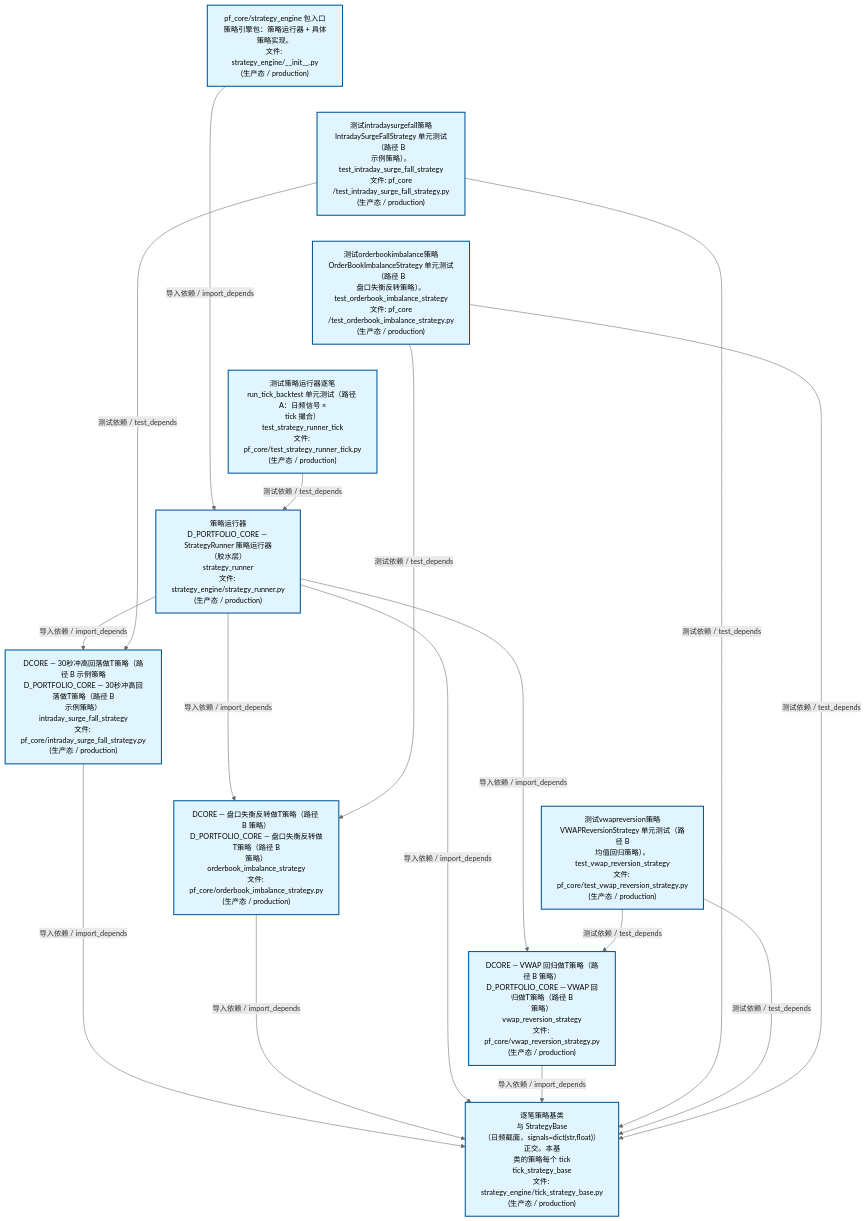
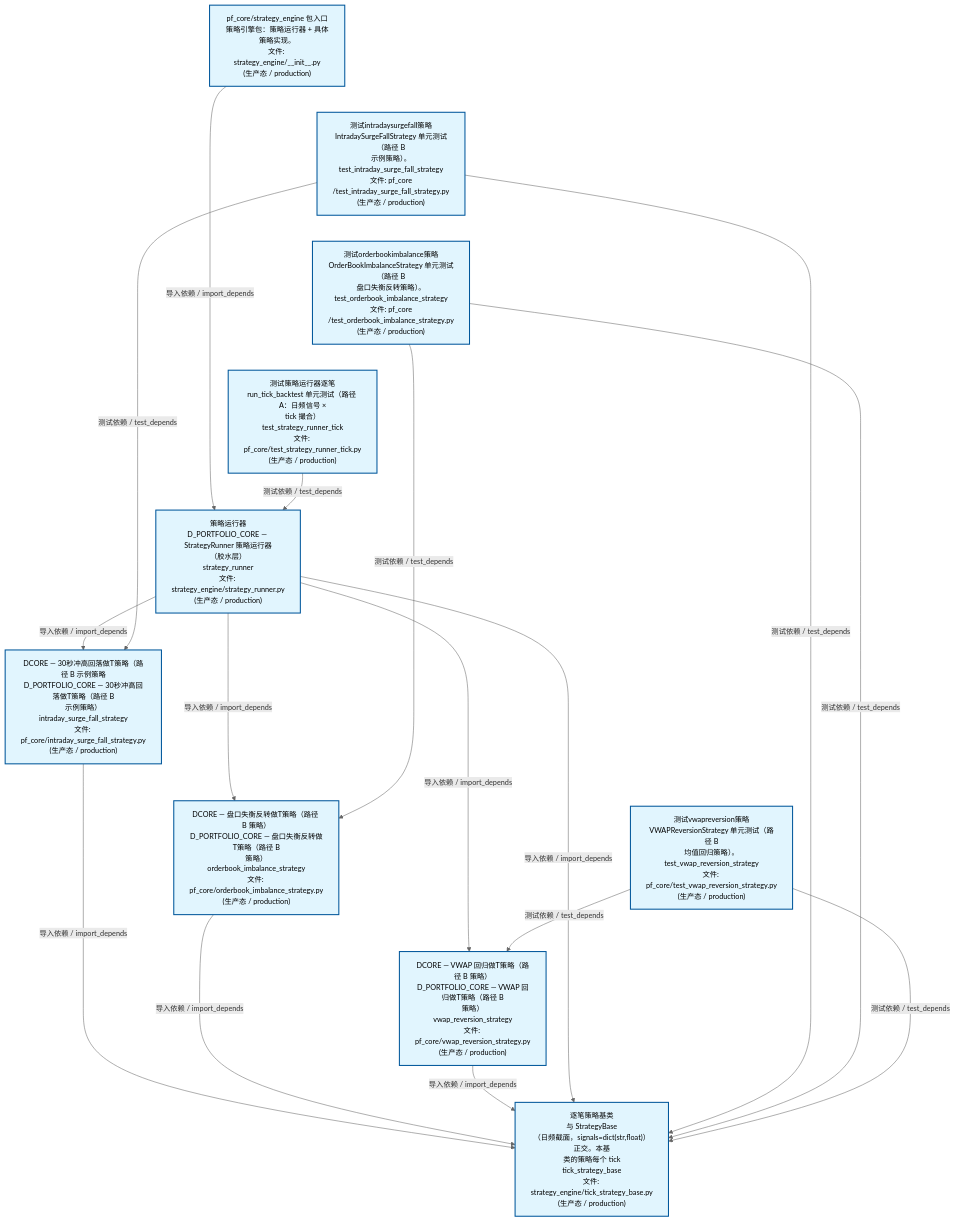
The second of 4 diagrams in docs/02_enterprise_architecture/02_domain_architecture_docs/63_d_pf_core.md (xuanFelixVan/ZephyrAlpha), drawn with Mermaid before and after one commit. The commit also changed other lines of this file and 43 other files, not shown here.

````diff
--- a/docs/02_enterprise_architecture/02_domain_architecture_docs/63_d_pf_core.md
+++ b/docs/02_enterprise_architecture/02_domain_architecture_docs/63_d_pf_core.md
@@ -134,40 +134,40 @@
 ```mermaid
 %%{init: {'theme': 'base', 'themeVariables': {'primaryColor': '#eaeaea', 'primaryTextColor': '#333333', 'primaryBorderColor': '#666666', 'lineColor': '#666666', 'secondaryColor': '#eaeaea', 'tertiaryColor': '#eaeaea', 'fontSize': '14px'}}}%%
 flowchart TD
     src_zephyr_pf_core_strategy_engine_init_py["pf_core/strategy_engine 包入口<br/>策略引擎包：策略运行器 + 具体策略实现。<br/>文件: strategy_engine/__init__.py<br/>(生产态 / production)"]
     tests_pf_core_test_intraday_surge_fall_strategy_py["测试intradaysurgefall策略<br/>IntradaySurgeFallStrategy 单元测试（路径 B<br/>示例策略）。<br/>test_intraday_surge_fall_strategy<br/>文件: pf_core<br/>/test_intraday_surge_fall_strategy.py<br/>(生产态 / production)"]
     tests_pf_core_test_orderbook_imbalance_strategy_py["测试orderbookimbalance策略<br/>OrderBookImbalanceStrategy 单元测试（路径 B<br/>盘口失衡反转策略）。<br/>test_orderbook_imbalance_strategy<br/>文件: pf_core<br/>/test_orderbook_imbalance_strategy.py<br/>(生产态 / production)"]
     tests_pf_core_test_strategy_runner_tick_py["测试策略运行器逐笔<br/>run_tick_backtest 单元测试（路径 A：日频信号 ×<br/>tick 撮合）<br/>test_strategy_runner_tick<br/>文件: pf_core/test_strategy_runner_tick.py<br/>(生产态 / production)"]
     tests_pf_core_test_vwap_reversion_strategy_py["测试vwapreversion策略<br/>VWAPReversionStrategy 单元测试（路径 B<br/>均值回归策略）。<br/>test_vwap_reversion_strategy<br/>文件: pf_core/test_vwap_reversion_strategy.py<br/>(生产态 / production)"]
     src_zephyr_pf_core_strategy_engine_init_py ~~~ tests_pf_core_test_intraday_surge_fall_strategy_py
     tests_pf_core_test_intraday_surge_fall_strategy_py ~~~ tests_pf_core_test_orderbook_imbalance_strategy_py
     tests_pf_core_test_orderbook_imbalance_strategy_py ~~~ tests_pf_core_test_strategy_runner_tick_py
     tests_pf_core_test_strategy_runner_tick_py ~~~ tests_pf_core_test_vwap_reversion_strategy_py
     src_zephyr_pf_core_strategy_engine_strategy_runner_py["策略运行器<br/>D_PORTFOLIO_CORE — StrategyRunner 策略运行器<br/>（胶水层）<br/>strategy_runner<br/>文件: strategy_engine/strategy_runner.py<br/>(生产态 / production)"]
     src_zephyr_pf_core_intraday_surge_fall_strategy_py["DCORE — 30秒冲高回落做T策略（路径 B 示例策略<br/>D_PORTFOLIO_CORE — 30秒冲高回落做T策略（路径 B<br/>示例策略）<br/>intraday_surge_fall_strategy<br/>文件: pf_core/intraday_surge_fall_strategy.py<br/>(生产态 / production)"]
     src_zephyr_pf_core_orderbook_imbalance_strategy_py["DCORE — 盘口失衡反转做T策略（路径 B 策略）<br/>D_PORTFOLIO_CORE — 盘口失衡反转做T策略（路径 B<br/>策略）<br/>orderbook_imbalance_strategy<br/>文件: pf_core/orderbook_imbalance_strategy.py<br/>(生产态 / production)"]
     src_zephyr_pf_core_vwap_reversion_strategy_py["DCORE — VWAP 回归做T策略（路径 B 策略）<br/>D_PORTFOLIO_CORE — VWAP 回归做T策略（路径 B<br/>策略）<br/>vwap_reversion_strategy<br/>文件: pf_core/vwap_reversion_strategy.py<br/>(生产态 / production)"]
     src_zephyr_pf_core_intraday_surge_fall_strategy_py ~~~ src_zephyr_pf_core_orderbook_imbalance_strategy_py
     src_zephyr_pf_core_orderbook_imbalance_strategy_py ~~~ src_zephyr_pf_core_vwap_reversion_strategy_py
     src_zephyr_pf_core_strategy_engine_tick_strategy_base_py["逐笔策略基类<br/>与 StrategyBase<br/>（日频截面，signals=dict(str,float)）正交。本基<br/>类的策略每个 tick<br/>tick_strategy_base<br/>文件: strategy_engine/tick_strategy_base.py<br/>(生产态 / production)"]
     src_zephyr_pf_core_intraday_surge_fall_strategy_py -->|导入依赖 / import_depends| src_zephyr_pf_core_strategy_engine_tick_strategy_base_py
     src_zephyr_pf_core_orderbook_imbalance_strategy_py -->|导入依赖 / import_depends| src_zephyr_pf_core_strategy_engine_tick_strategy_base_py
+    src_zephyr_pf_core_vwap_reversion_strategy_py -->|导入依赖 / import_depends| src_zephyr_pf_core_strategy_engine_tick_strategy_base_py
+    src_zephyr_pf_core_strategy_engine_init_py -->|导入依赖 / import_depends| src_zephyr_pf_core_strategy_engine_strategy_runner_py
     src_zephyr_pf_core_strategy_engine_strategy_runner_py -->|导入依赖 / import_depends| src_zephyr_pf_core_intraday_surge_fall_strategy_py
     src_zephyr_pf_core_strategy_engine_strategy_runner_py -->|导入依赖 / import_depends| src_zephyr_pf_core_orderbook_imbalance_strategy_py
     src_zephyr_pf_core_strategy_engine_strategy_runner_py -->|导入依赖 / import_depends| src_zephyr_pf_core_vwap_reversion_strategy_py
     src_zephyr_pf_core_strategy_engine_strategy_runner_py -->|导入依赖 / import_depends| src_zephyr_pf_core_strategy_engine_tick_strategy_base_py
-    src_zephyr_pf_core_vwap_reversion_strategy_py -->|导入依赖 / import_depends| src_zephyr_pf_core_strategy_engine_tick_strategy_base_py
-    src_zephyr_pf_core_strategy_engine_init_py -->|导入依赖 / import_depends| src_zephyr_pf_core_strategy_engine_strategy_runner_py
     tests_pf_core_test_intraday_surge_fall_strategy_py -->|测试依赖 / test_depends| src_zephyr_pf_core_intraday_surge_fall_strategy_py
     tests_pf_core_test_intraday_surge_fall_strategy_py -->|测试依赖 / test_depends| src_zephyr_pf_core_strategy_engine_tick_strategy_base_py
+    tests_pf_core_test_orderbook_imbalance_strategy_py -->|测试依赖 / test_depends| src_zephyr_pf_core_orderbook_imbalance_strategy_py
+    tests_pf_core_test_orderbook_imbalance_strategy_py -->|测试依赖 / test_depends| src_zephyr_pf_core_strategy_engine_tick_strategy_base_py
     tests_pf_core_test_strategy_runner_tick_py -->|测试依赖 / test_depends| src_zephyr_pf_core_strategy_engine_strategy_runner_py
     tests_pf_core_test_vwap_reversion_strategy_py -->|测试依赖 / test_depends| src_zephyr_pf_core_vwap_reversion_strategy_py
     tests_pf_core_test_vwap_reversion_strategy_py -->|测试依赖 / test_depends| src_zephyr_pf_core_strategy_engine_tick_strategy_base_py
-    tests_pf_core_test_orderbook_imbalance_strategy_py -->|测试依赖 / test_depends| src_zephyr_pf_core_orderbook_imbalance_strategy_py
-    tests_pf_core_test_orderbook_imbalance_strategy_py -->|测试依赖 / test_depends| src_zephyr_pf_core_strategy_engine_tick_strategy_base_py
     classDef production fill:#e1f5fe,stroke:#01579b,stroke-width:2px,color:#000
     classDef design fill:#fff3e0,stroke:#e65100,stroke-width:2px,color:#000,stroke-dasharray: 5 5
     classDef external_prod fill:#e8f4fd,stroke:#0277bd,stroke-width:1px,color:#000
     classDef external_design fill:#fff8e7,stroke:#ef6c00,stroke-width:1px,color:#000,stroke-dasharray: 5 5
     class src_zephyr_pf_core_intraday_surge_fall_strategy_py,src_zephyr_pf_core_orderbook_imbalance_strategy_py,src_zephyr_pf_core_strategy_engine_init_py,src_zephyr_pf_core_strategy_engine_strategy_runner_py,src_zephyr_pf_core_strategy_engine_tick_strategy_base_py,src_zephyr_pf_core_vwap_reversion_strategy_py,tests_pf_core_test_intraday_surge_fall_strategy_py,tests_pf_core_test_orderbook_imbalance_strategy_py,tests_pf_core_test_strategy_runner_tick_py,tests_pf_core_test_vwap_reversion_strategy_py production
 ```
````
